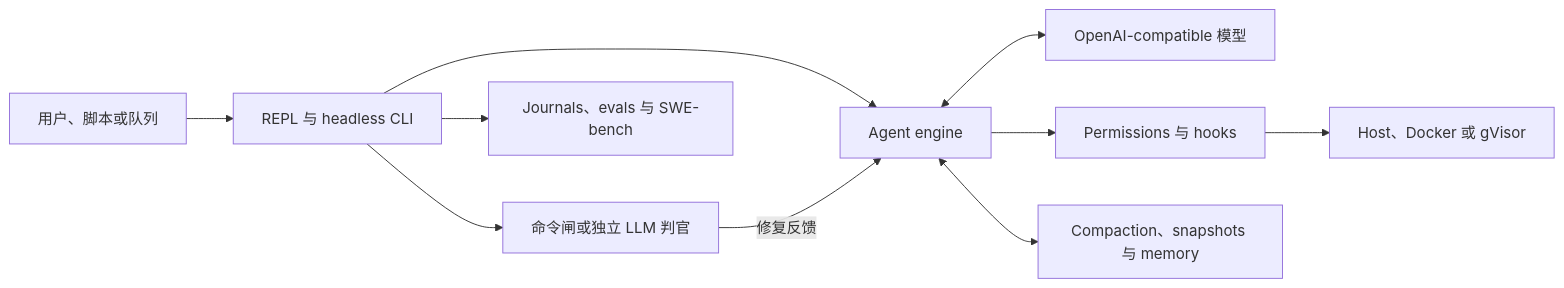
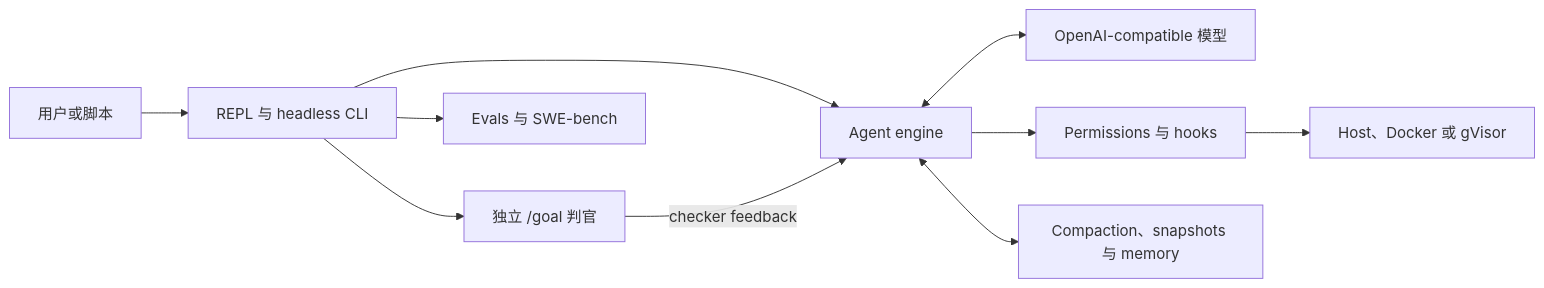
The diagram in README.zh-CN.md (maisieyang/build-my-own-harness), drawn with Mermaid before and after one commit. The commit also changed other lines of this file and 58 other files, not shown here.

Commit message:
Simplify CLI and consolidate goal control

````diff
--- a/README.zh-CN.md
+++ b/README.zh-CN.md
@@ -60,12 +83,12 @@
 ```mermaid
 flowchart LR
-    U["用户、脚本或队列"] --> C["REPL 与 headless CLI"]
+    U["用户或脚本"] --> C["REPL 与 headless CLI"]
     C --> E["Agent engine"]
     E <--> M["OpenAI-compatible 模型"]
     E --> P["Permissions 与 hooks"]
     P --> X["Host、Docker 或 gVisor"]
     E <--> S["Compaction、snapshots 与 memory"]
-    C --> V["命令闸或独立 LLM 判官"]
-    V -->|"修复反馈"| E
-    C --> O["Journals、evals 与 SWE-bench"]
+    C --> V["独立 /goal 判官"]
+    V -->|"checker feedback"| E
+    C --> O["Evals 与 SWE-bench"]
 ```
````
